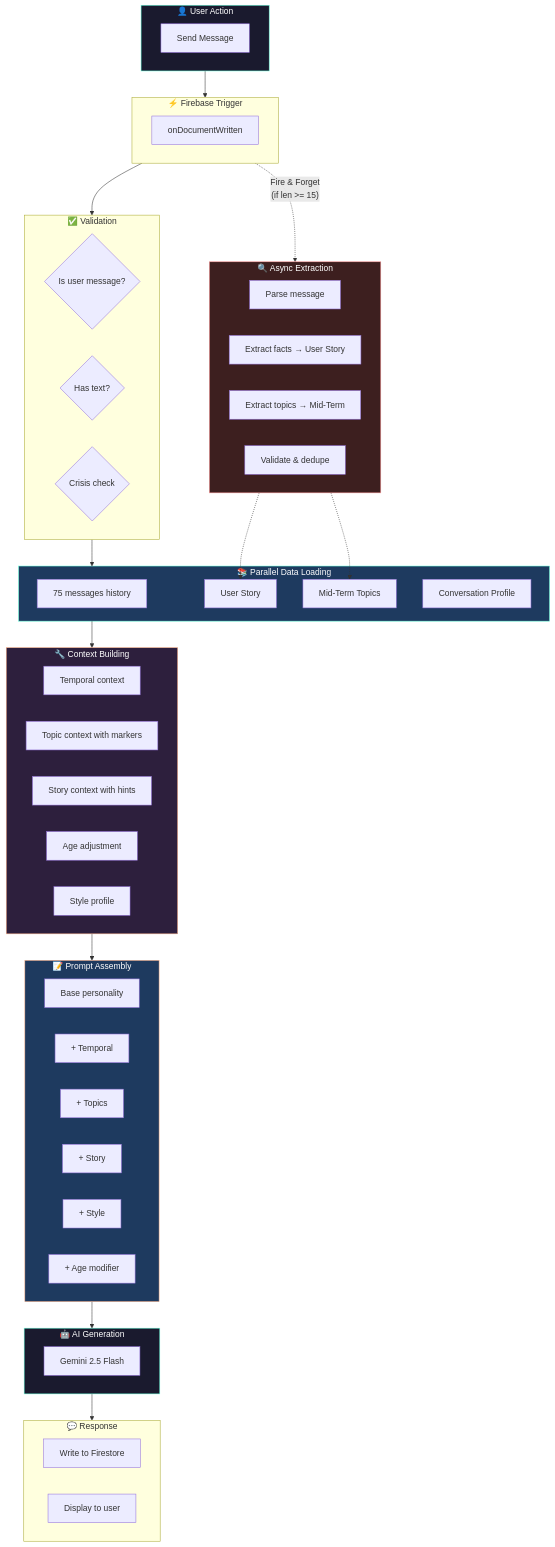
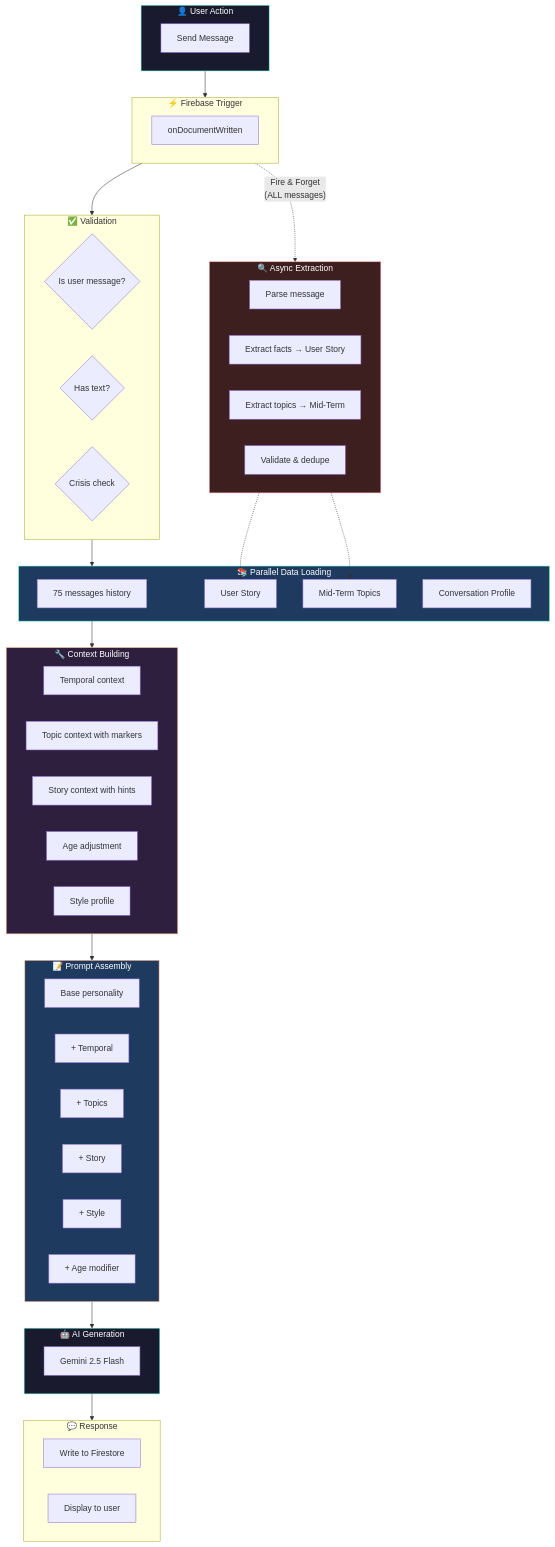
Diagram 22 of 23 in docs/04-features/chat-system-architecture.md (mulkatz/anchor), drawn with Mermaid before and after one commit. The commit also changed other lines of this file and 1 other file, not shown here.

First line of the commit message:
docs: update extraction docs to reflect all-messages policy

````diff
--- a/docs/04-features/chat-system-architecture.md
+++ b/docs/04-features/chat-system-architecture.md
@@ -875,75 +871,75 @@
 ```mermaid
 flowchart TB
     subgraph UserAction["👤 User Action"]
         Send[Send Message]
     end
 
     subgraph Trigger["⚡ Firebase Trigger"]
         OnWrite[onDocumentWritten]
     end
 
     subgraph Validation["✅ Validation"]
         V1{Is user message?}
         V2{Has text?}
         V3{Crisis check}
     end
 
     subgraph DataLoading["📚 Parallel Data Loading"]
         L1[75 messages history]
         L2[User Story]
         L3[Mid-Term Topics]
         L4[Conversation Profile]
     end
 
     subgraph ContextBuilding["🔧 Context Building"]
         C1[Temporal context]
         C2[Topic context with markers]
         C3[Story context with hints]
         C4[Age adjustment]
         C5[Style profile]
     end
 
     subgraph PromptAssembly["📝 Prompt Assembly"]
         P1[Base personality]
         P2[+ Temporal]
         P3[+ Topics]
         P4[+ Story]
         P5[+ Style]
         P6[+ Age modifier]
     end
 
     subgraph AIGeneration["🤖 AI Generation"]
         Gemini[Gemini 2.5 Flash]
     end
 
     subgraph AsyncExtraction["🔍 Async Extraction"]
         E1[Parse message]
         E2[Extract facts → User Story]
         E3[Extract topics → Mid-Term]
         E4[Validate & dedupe]
     end
 
     subgraph Response["💬 Response"]
         Write[Write to Firestore]
         Display[Display to user]
     end
 
     UserAction --> Trigger
     Trigger --> Validation
     Validation --> DataLoading
     DataLoading --> ContextBuilding
     ContextBuilding --> PromptAssembly
     PromptAssembly --> AIGeneration
     AIGeneration --> Response
 
-    Trigger -.->|"Fire & Forget<br/>(if len >= 15)"| AsyncExtraction
+    Trigger -.->|"Fire & Forget<br/>(ALL messages)"| AsyncExtraction
     AsyncExtraction -.-> L2
     AsyncExtraction -.-> L3
 
     style UserAction fill:#1a1a2e,stroke:#64FFDA,color:#fff
     style DataLoading fill:#1e3a5f,stroke:#64FFDA,color:#fff
     style ContextBuilding fill:#2d1f3d,stroke:#FFB38A,color:#fff
     style PromptAssembly fill:#1e3a5f,stroke:#FFB38A,color:#fff
     style AIGeneration fill:#1a1a2e,stroke:#64FFDA,color:#fff
     style AsyncExtraction fill:#3d1f1f,stroke:#ff9999,color:#fff
 ```
````
